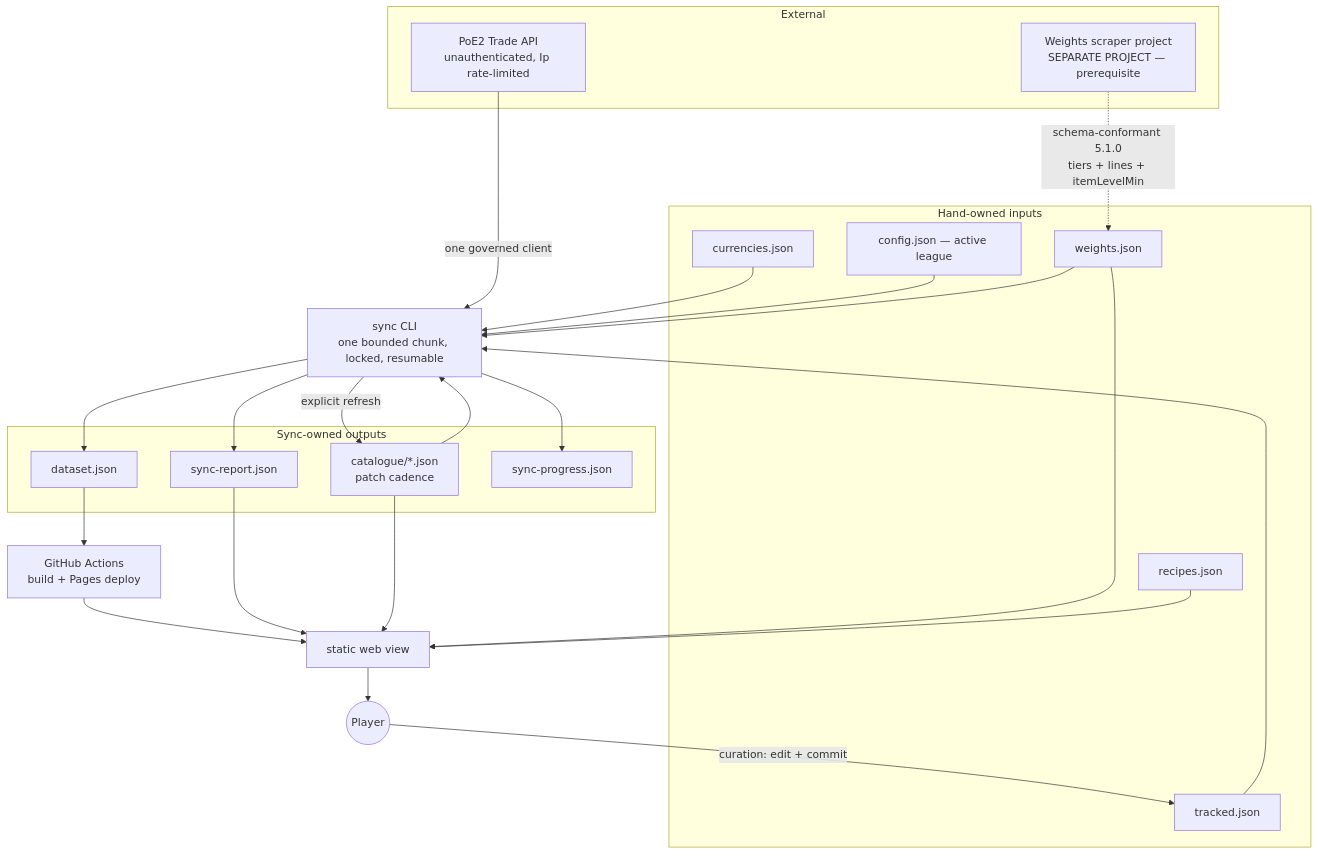
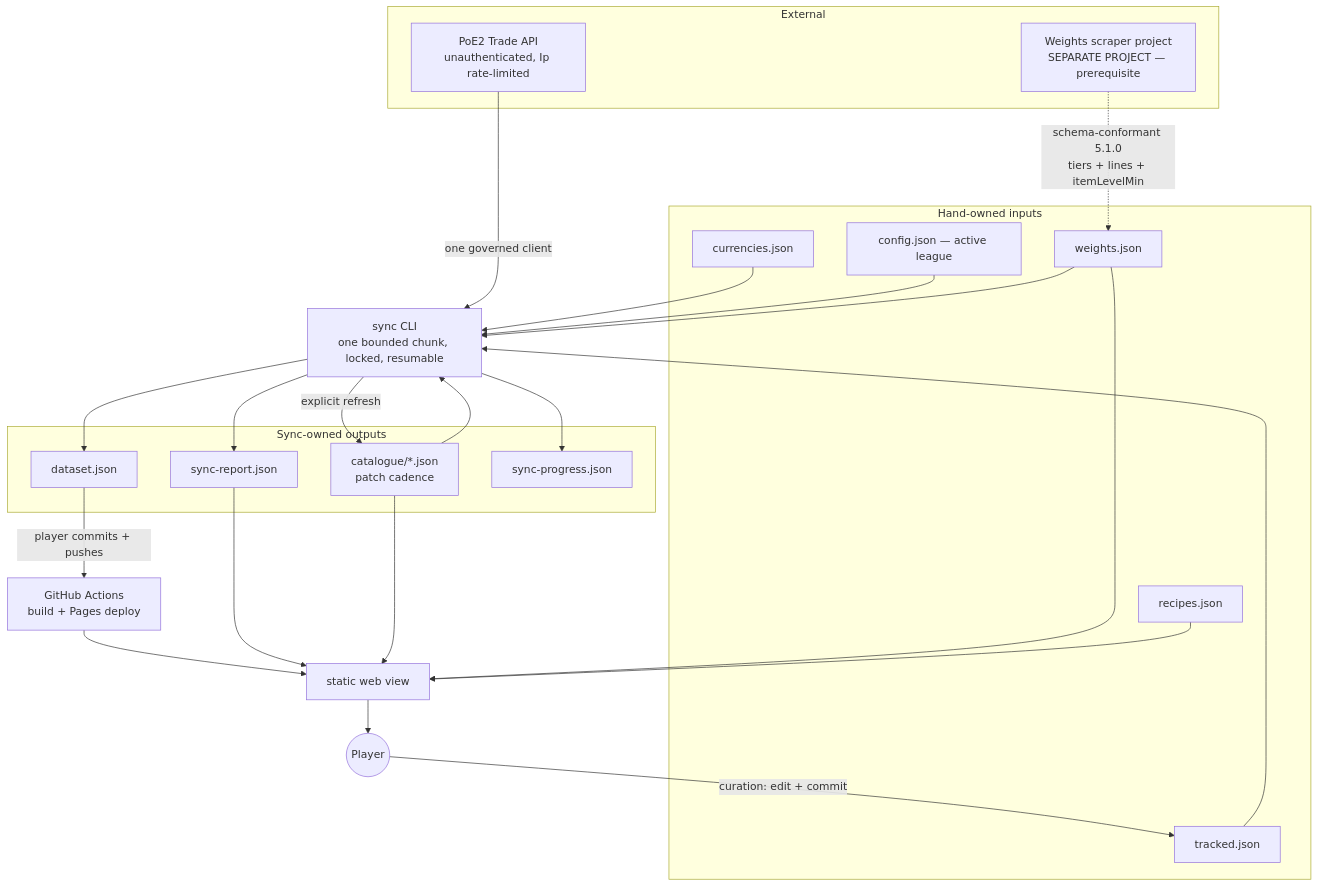
One commit to Dragsaw/poe-crafting-base-price-checker changed the second of 3 diagrams in docs/architecture/architecture-poe-crafting-base-price-checker-2026-09-12/ARCHITECTURE-SPINE.md. Above: the diagram before and after it, drawn with Mermaid. The commit also changed other lines of this file and 12 other files, not shown here.

````diff
--- a/docs/architecture/architecture-poe-crafting-base-price-checker-2026-09-12/ARCHITECTURE-SPINE.md
+++ b/docs/architecture/architecture-poe-crafting-base-price-checker-2026-09-12/ARCHITECTURE-SPINE.md
@@ -1693,47 +1718,47 @@
 ```mermaid
 graph TB
   subgraph external[External]
     trade[PoE2 Trade API<br/>unauthenticated, Ip rate-limited]
     producer[Weights scraper project<br/>SEPARATE PROJECT — prerequisite]
   end
 
   subgraph inputs[Hand-owned inputs]
     tracked[tracked.json]
     currencies[currencies.json]
     recipes[recipes.json]
     config[config.json — active league]
     weights[weights.json]
   end
 
   subgraph outputs[Sync-owned outputs]
     catalogue[catalogue/*.json<br/>patch cadence]
     dataset[dataset.json]
     report[sync-report.json]
     progress[sync-progress.json]
   end
 
   sync[sync CLI<br/>one bounded chunk, locked, resumable]
   pages[GitHub Actions<br/>build + Pages deploy]
   web[static web view]
   player((Player))
 
   trade -->|one governed client| sync
   tracked --> sync
   currencies --> sync
   config --> sync
   catalogue --> sync
   weights --> sync
   sync -->|explicit refresh| catalogue
   sync --> dataset
   sync --> report
   sync --> progress
   producer -.->|schema-conformant 5.1.0<br/>tiers + lines + itemLevelMin| weights
-  dataset --> pages
+  dataset -->|player commits + pushes| pages
   pages --> web
   weights --> web
   recipes --> web
   report --> web
   catalogue --> web
   web --> player
   player -->|curation: edit + commit| tracked
 ```
````
